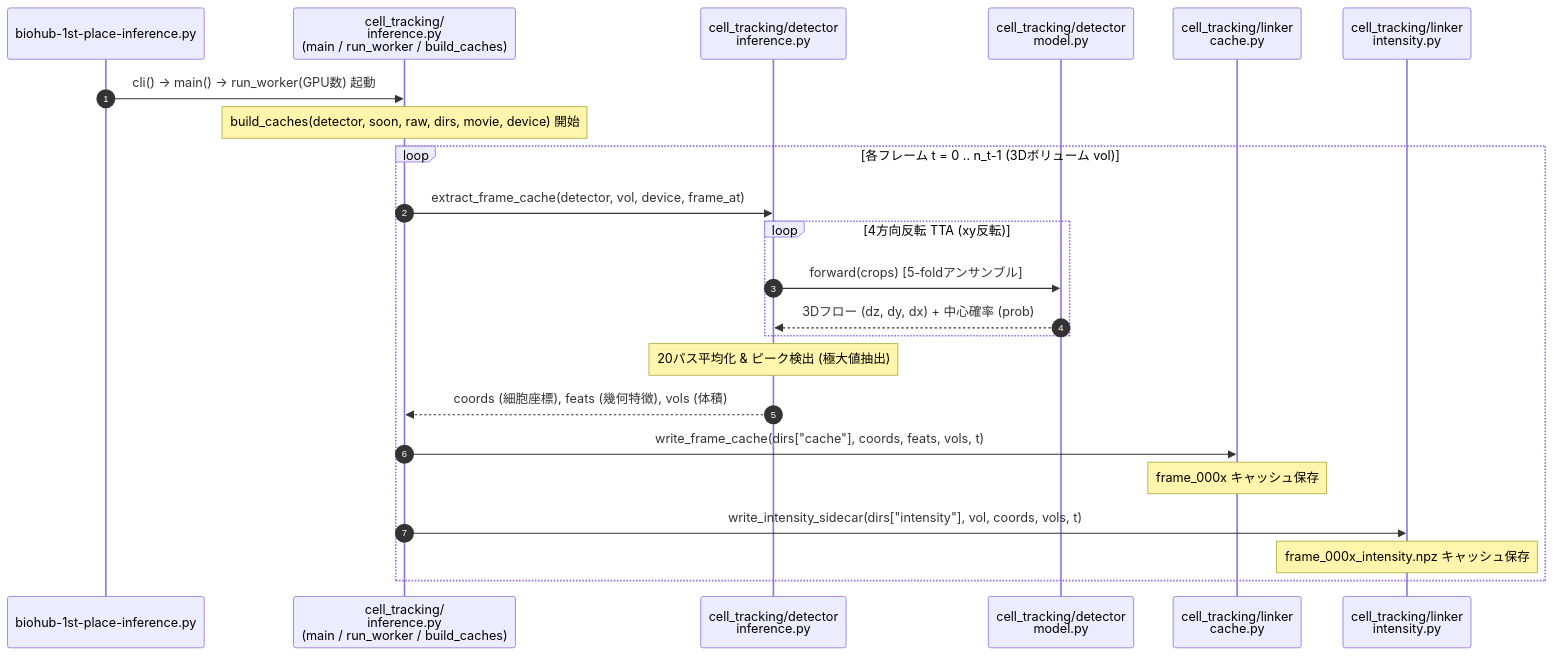
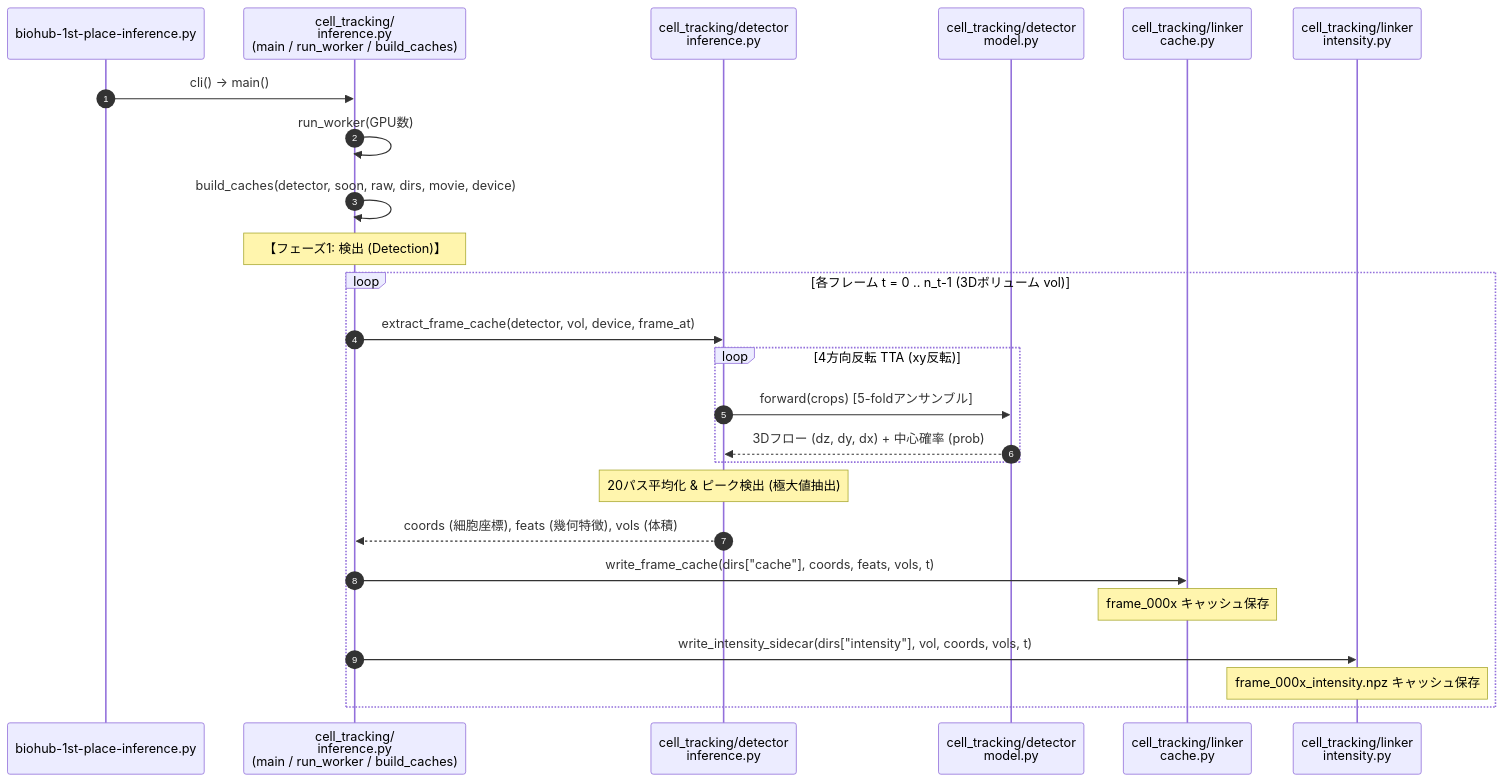
Before and after one commit to kito2718/kaggle_Biohub-Cell_Tracking_During_Development: the second of 6 diagrams in episode/Summary&Conclusion/1st-place-summary.md, drawn with Mermaid. The commit also changed other lines of this file, not shown here.

````diff
--- a/episode/Summary&Conclusion/1st-place-summary.md
+++ b/episode/Summary&Conclusion/1st-place-summary.md
@@ -136,26 +136,28 @@
 ```mermaid
 sequenceDiagram
     autonumber
     participant Entry as biohub-1st-place-inference.py
     participant Main as cell_tracking/<br/>inference.py<br/>(main / run_worker / build_caches)
     participant DetMod as cell_tracking/detector<br/>inference.py
     participant UNet as cell_tracking/detector<br/>model.py
     participant LinkCache as cell_tracking/linker<br/>cache.py
     participant IntSidecar as cell_tracking/linker<br/>intensity.py
 
-    Entry->>Main: cli() -> main() -> run_worker(GPU数) 起動
-    Note over Main: build_caches(detector, soon, raw, dirs, movie, device) 開始
+    Entry->>Main: cli() -> main()
+    Main->>Main: run_worker(GPU数)
+    Main->>Main: build_caches(detector, soon, raw, dirs, movie, device)
+    Note over Main: 【フェーズ1: 検出 (Detection)】
     loop 各フレーム t = 0 .. n_t-1 (3Dボリューム vol)
         Main->>DetMod: extract_frame_cache(detector, vol, device, frame_at)
         loop 4方向反転 TTA (xy反転)
             DetMod->>UNet: forward(crops) [5-foldアンサンブル]
             UNet-->>DetMod: 3Dフロー (dz, dy, dx) + 中心確率 (prob)
         end
         Note over DetMod: 20パス平均化 & ピーク検出 (極大値抽出)
         DetMod-->>Main: coords (細胞座標), feats (幾何特徴), vols (体積)
         Main->>LinkCache: write_frame_cache(dirs["cache"], coords, feats, vols, t)
         Note over LinkCache: frame_000x キャッシュ保存
         Main->>IntSidecar: write_intensity_sidecar(dirs["intensity"], vol, coords, vols, t)
         Note over IntSidecar: frame_000x_intensity.npz キャッシュ保存
     end
 ```
````
